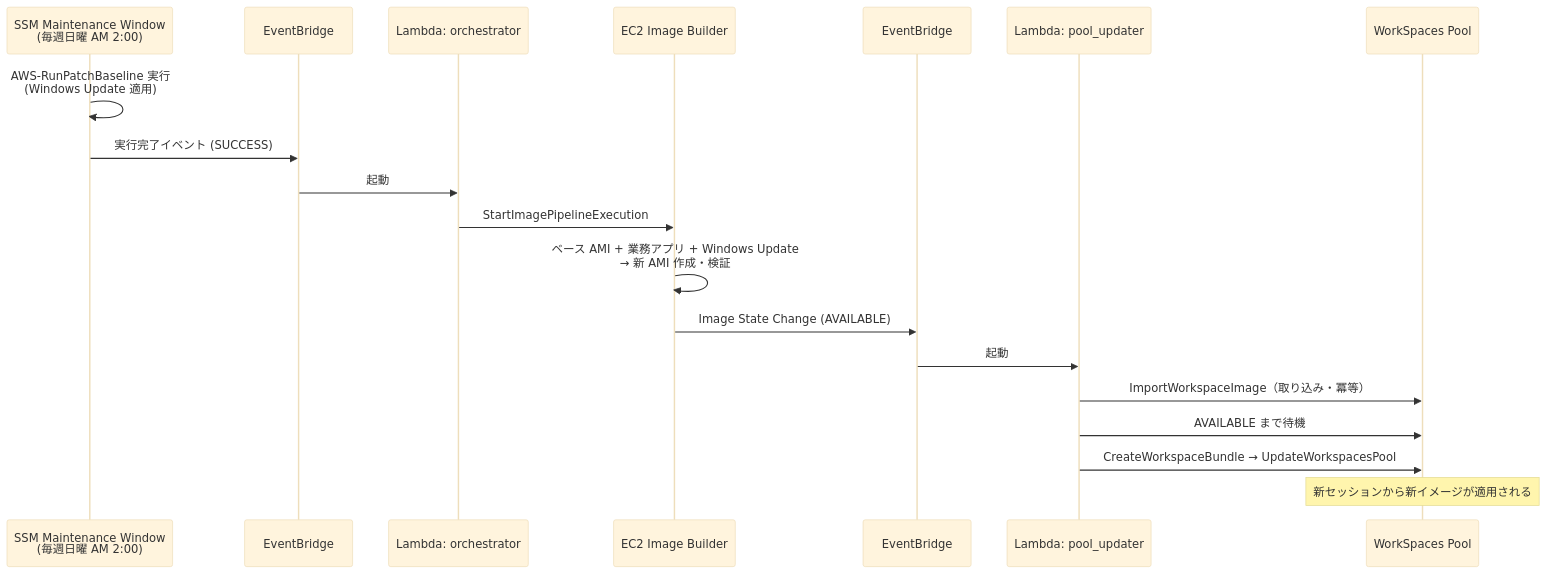
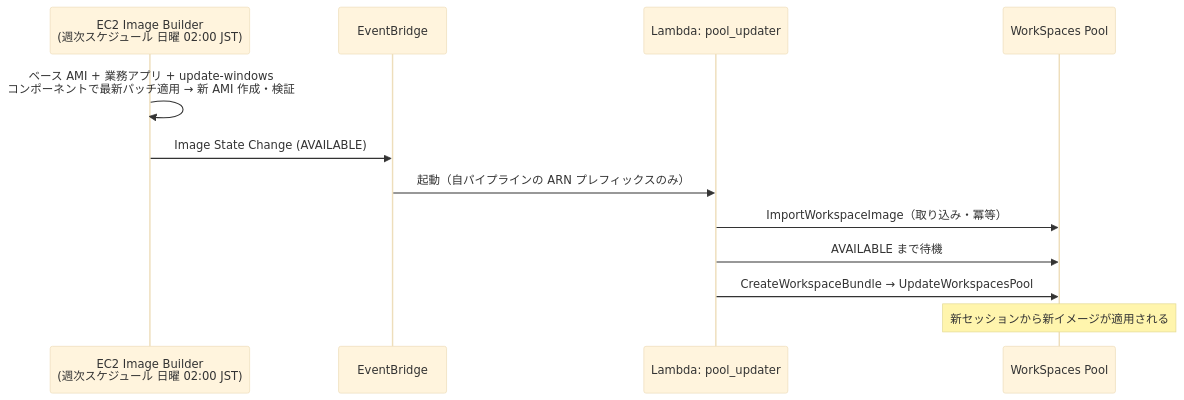
One commit to tkc/terraform-vdi changed the third of 4 diagrams in docs/architecture.md. Above: the diagram before and after it, drawn with Mermaid (base theme). The commit also changed other lines of this file and 14 other files, not shown here.

````diff
--- a/docs/architecture.md
+++ b/docs/architecture.md
@@ -81,22 +81,15 @@
 ```mermaid
 sequenceDiagram
-    participant MW as SSM Maintenance Window<br/>(毎週日曜 AM 2:00)
-    participant EB1 as EventBridge
-    participant L1 as Lambda: orchestrator
-    participant IB as EC2 Image Builder
-    participant EB2 as EventBridge
-    participant L2 as Lambda: pool_updater
+    participant IB as EC2 Image Builder<br/>(週次スケジュール 日曜 02:00 JST)
+    participant EB as EventBridge
+    participant L as Lambda: pool_updater
     participant WS as WorkSpaces Pool
 
-    MW->>MW: AWS-RunPatchBaseline 実行<br/>(Windows Update 適用)
-    MW->>EB1: 実行完了イベント (SUCCESS)
-    EB1->>L1: 起動
-    L1->>IB: StartImagePipelineExecution
-    IB->>IB: ベース AMI + 業務アプリ + Windows Update<br/>→ 新 AMI 作成・検証
-    IB->>EB2: Image State Change (AVAILABLE)
-    EB2->>L2: 起動
-    L2->>WS: ImportWorkspaceImage（取り込み・冪等）
-    L2->>WS: AVAILABLE まで待機
-    L2->>WS: CreateWorkspaceBundle → UpdateWorkspacesPool
+    IB->>IB: ベース AMI + 業務アプリ + update-windows<br/>コンポーネントで最新パッチ適用 → 新 AMI 作成・検証
+    IB->>EB: Image State Change (AVAILABLE)
+    EB->>L: 起動（自パイプラインの ARN プレフィックスのみ）
+    L->>WS: ImportWorkspaceImage（取り込み・冪等）
+    L->>WS: AVAILABLE まで待機
+    L->>WS: CreateWorkspaceBundle → UpdateWorkspacesPool
     Note over WS: 新セッションから新イメージが適用される
 ```
````
